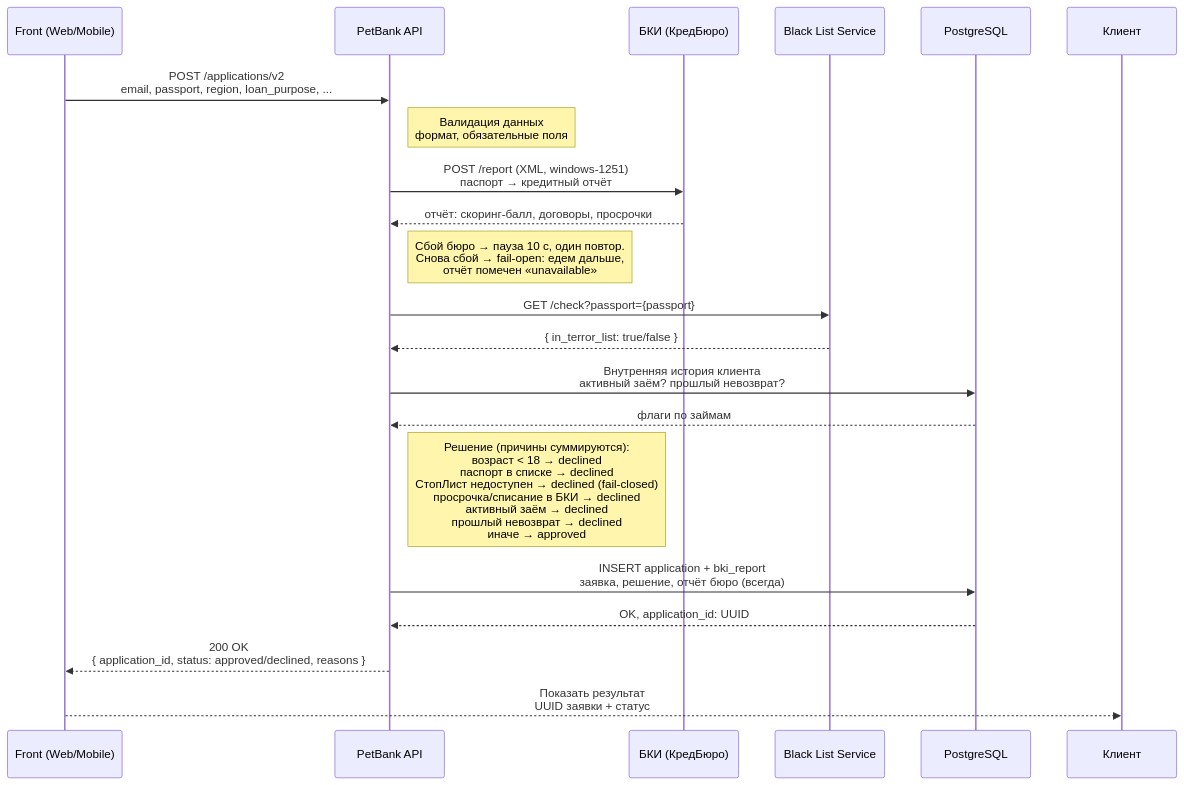
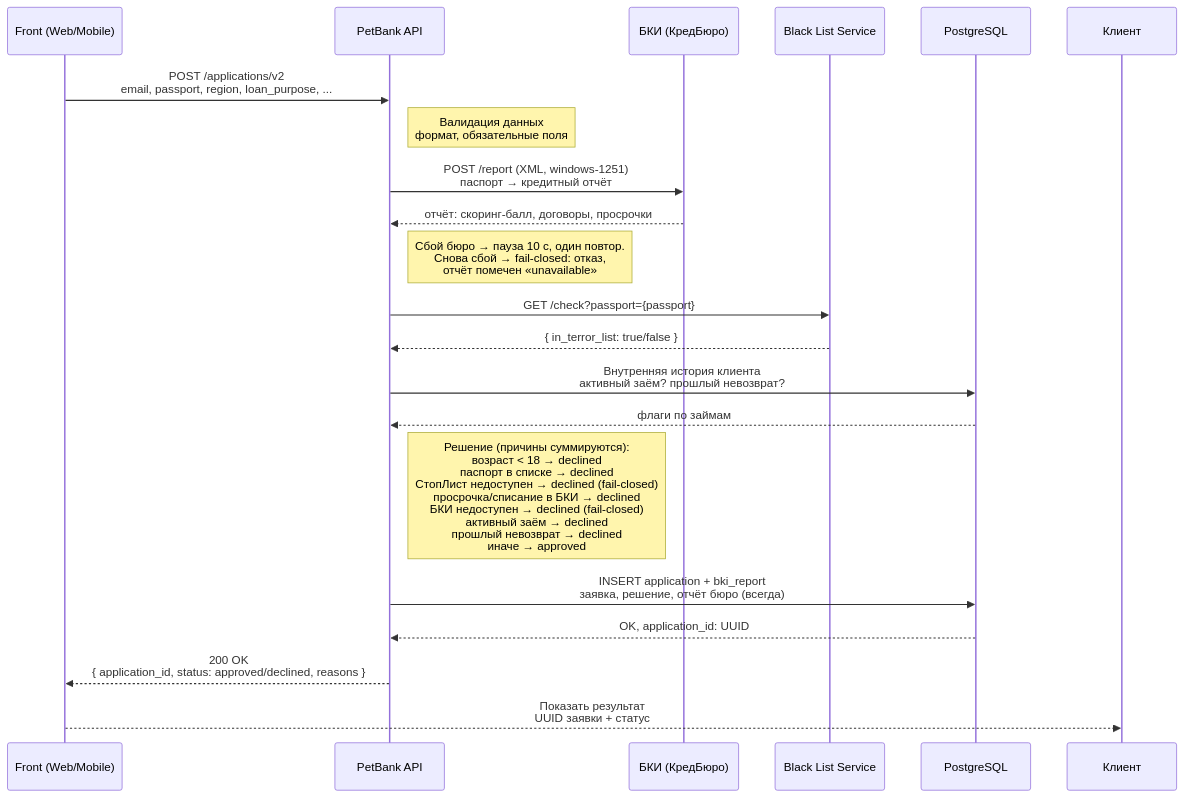
Before and after one commit to ekaterinaglowme/mybestpetfinancialproject: the diagram in docs/superpowers/plans/2026-07-02-bki-check-pipeline.md, drawn with Mermaid. The commit also changed other lines of this file and 1 other file, not shown here.

Commit message:
docs: сбой БКИ теперь fail-closed — правки спеки и плана (решение 2026-07-03)

````diff
--- a/docs/superpowers/plans/2026-07-02-bki-check-pipeline.md
+++ b/docs/superpowers/plans/2026-07-02-bki-check-pipeline.md
@@ -1572,31 +1620,31 @@
 ```mermaid
 sequenceDiagram
     participant Front as Front (Web/Mobile)
     participant PetBank as PetBank API
     participant BKI as БКИ (КредБюро)
     participant BlackList as Black List Service
     participant DB as PostgreSQL
     participant Client as Клиент
 
     Front->>PetBank: POST /applications/v2<br/>email, passport, region, loan_purpose, ...
     Note right of PetBank: Валидация данных<br/>формат, обязательные поля
 
     PetBank->>BKI: POST /report (XML, windows-1251)<br/>паспорт → кредитный отчёт
     BKI-->>PetBank: отчёт: скоринг-балл, договоры, просрочки
-    Note right of PetBank: Сбой бюро → пауза 10 с, один повтор.<br/>Снова сбой → fail-open: едем дальше,<br/>отчёт помечен «unavailable»
+    Note right of PetBank: Сбой бюро → пауза 10 с, один повтор.<br/>Снова сбой → fail-closed: отказ,<br/>отчёт помечен «unavailable»
 
     PetBank->>BlackList: GET /check?passport={passport}
     BlackList-->>PetBank: { in_terror_list: true/false }
 
     PetBank->>DB: Внутренняя история клиента<br/>активный заём? прошлый невозврат?
     DB-->>PetBank: флаги по займам
 
-    Note right of PetBank: Решение (причины суммируются):<br/>возраст < 18 → declined<br/>паспорт в списке → declined<br/>СтопЛист недоступен → declined (fail-closed)<br/>просрочка/списание в БКИ → declined<br/>активный заём → declined<br/>прошлый невозврат → declined<br/>иначе → approved
+    Note right of PetBank: Решение (причины суммируются):<br/>возраст < 18 → declined<br/>паспорт в списке → declined<br/>СтопЛист недоступен → declined (fail-closed)<br/>просрочка/списание в БКИ → declined<br/>БКИ недоступен → declined (fail-closed)<br/>активный заём → declined<br/>прошлый невозврат → declined<br/>иначе → approved
 
     PetBank->>DB: INSERT application + bki_report<br/>заявка, решение, отчёт бюро (всегда)
     DB-->>PetBank: OK, application_id: UUID
 
     PetBank-->>Front: 200 OK<br/>{ application_id, status: approved/declined, reasons }
 
     Front-->>Client: Показать результат<br/>UUID заявки + статус
 ```
````
